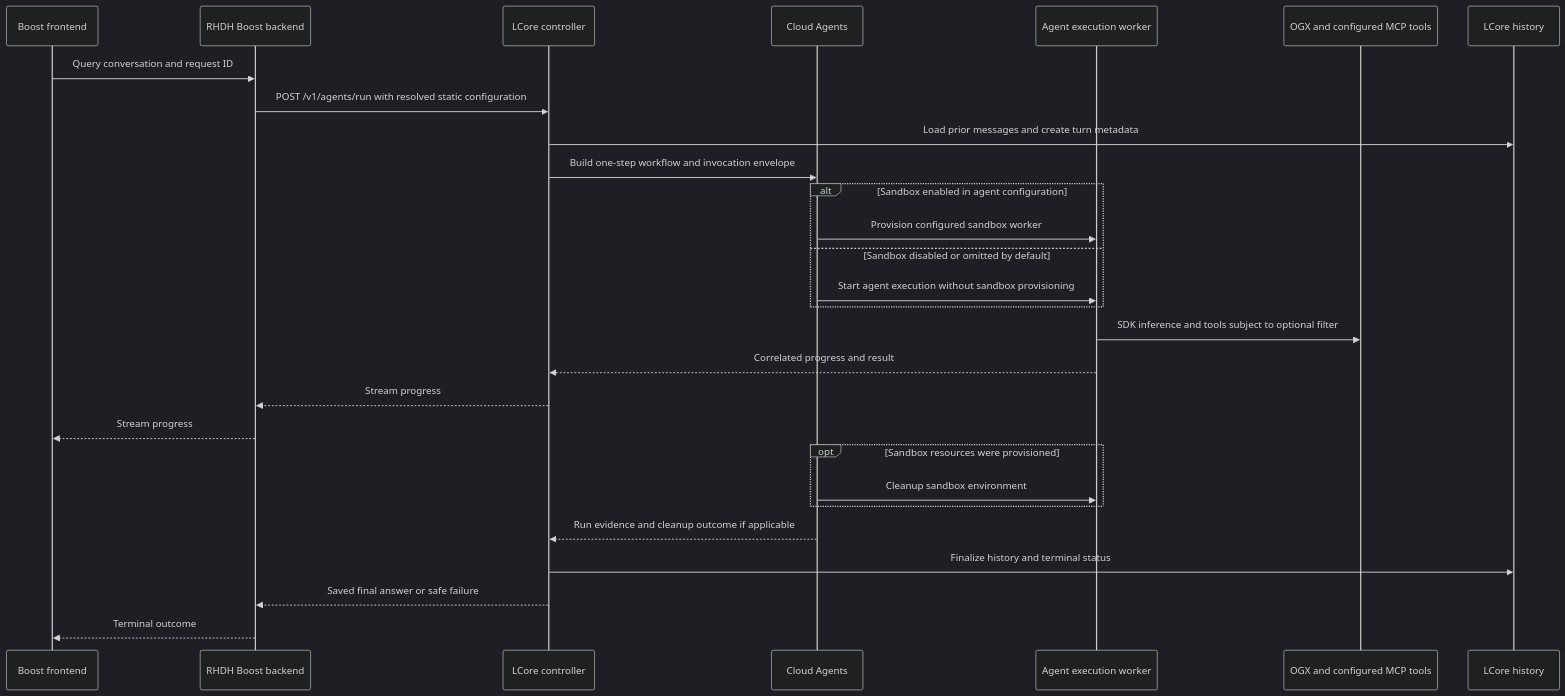
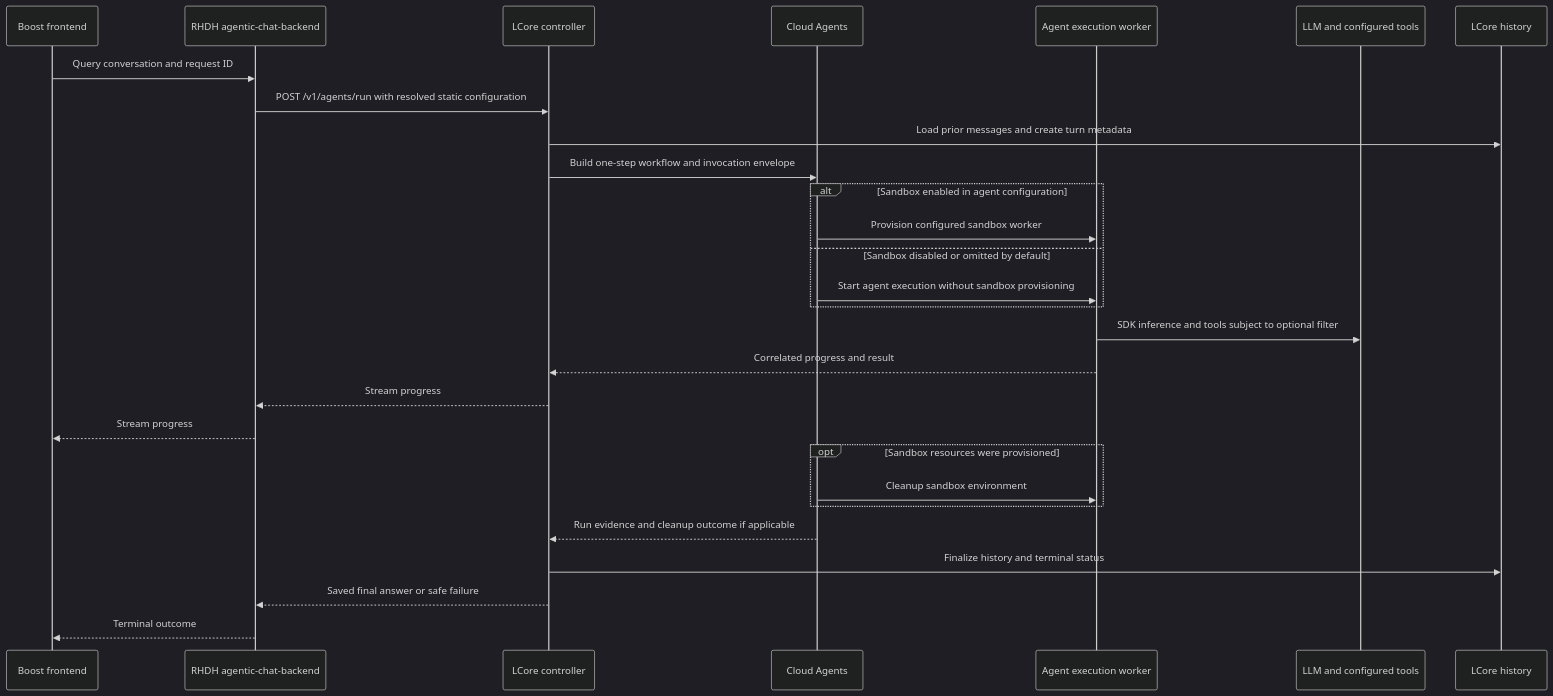
One commit to yangcao77/rhdh-agentic-chat-interface-design changed the diagram in diagrams/chat-sequence.md. Above: the diagram before and after it, drawn with Mermaid (dark theme). The commit also changed other lines of this file and 18 other files, not shown here.

````diff
--- a/diagrams/chat-sequence.md
+++ b/diagrams/chat-sequence.md
@@ -3,30 +3,30 @@
 ```mermaid
 sequenceDiagram
   participant UI as Boost frontend
-  participant R as RHDH Boost backend
+  participant R as RHDH agentic-chat-backend
   participant L as LCore controller
   participant C as Cloud Agents
   participant W as Agent execution worker
-  participant O as OGX and configured MCP tools
+  participant O as LLM and configured tools
   participant H as LCore history
   UI->>R: Query conversation and request ID
   R->>L: POST /v1/agents/run with resolved static configuration
   L->>H: Load prior messages and create turn metadata
   L->>C: Build one-step workflow and invocation envelope
   alt Sandbox enabled in agent configuration
     C->>W: Provision configured sandbox worker
   else Sandbox disabled or omitted by default
     C->>W: Start agent execution without sandbox provisioning
   end
   W->>O: SDK inference and tools subject to optional filter
   W-->>L: Correlated progress and result
   L-->>R: Stream progress
   R-->>UI: Stream progress
   opt Sandbox resources were provisioned
     C->>W: Cleanup sandbox environment
   end
   C-->>L: Run evidence and cleanup outcome if applicable
   L->>H: Finalize history and terminal status
   L-->>R: Saved final answer or safe failure
   R-->>UI: Terminal outcome
 ```
````
